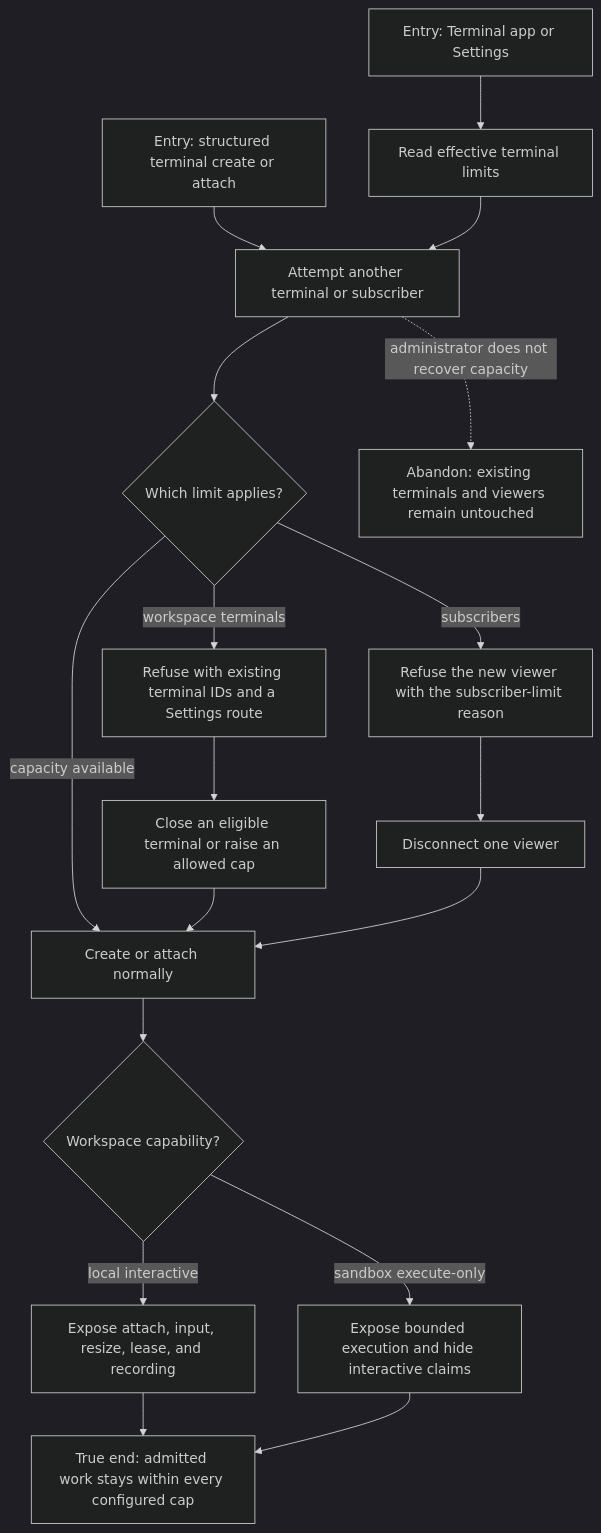
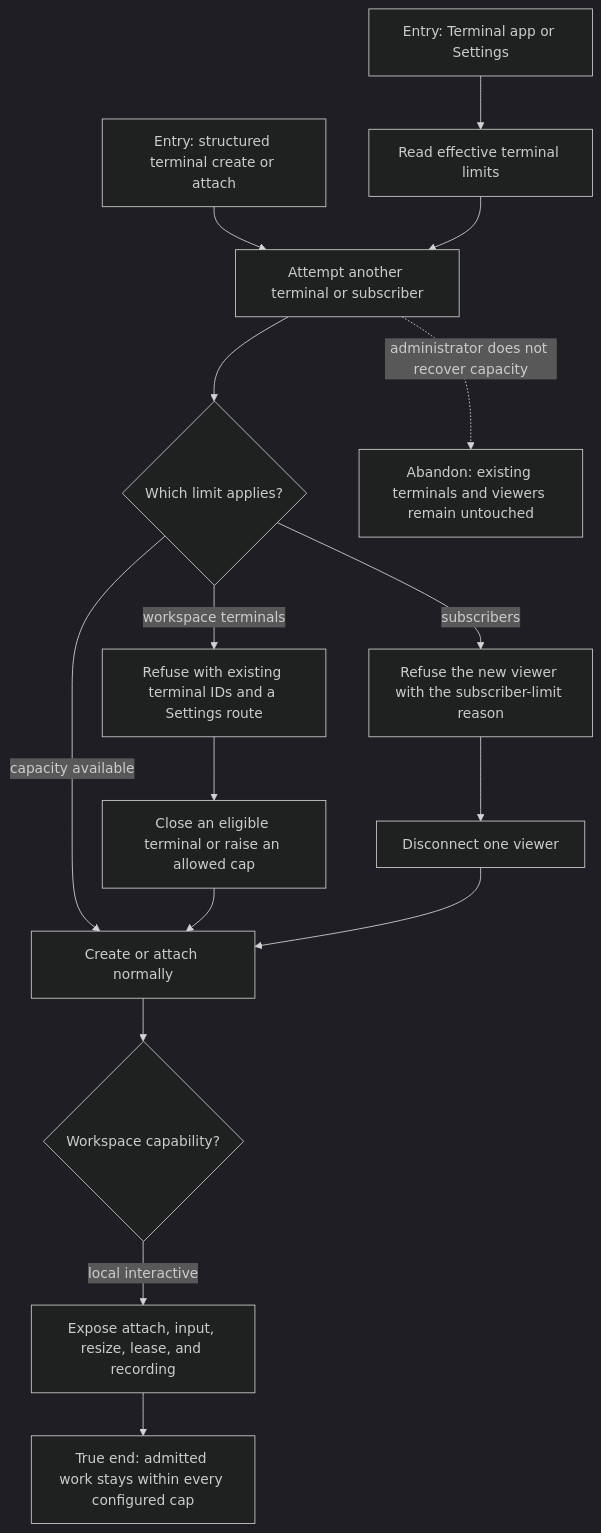
Before and after one commit to compozy/compozy: the diagram in docs/qa/journeys/J-administer-terminal-capacity.md, drawn with Mermaid (dark theme). The commit also changed other lines of this file and 4091 other files, not shown here.

````diff
--- a/docs/qa/journeys/J-administer-terminal-capacity.md
+++ b/docs/qa/journeys/J-administer-terminal-capacity.md
@@ -6,20 +6,18 @@
 ```mermaid
 flowchart TD
   A1[Entry: Terminal app or Settings] --> B[Read effective terminal limits]
   A2[Entry: structured terminal create or attach] --> C[Attempt another terminal or subscriber]
   B --> C
   C --> D{Which limit applies?}
   D -->|workspace terminals| E[Refuse with existing terminal IDs and a Settings route]
   D -->|subscribers| F[Refuse the new viewer with the subscriber-limit reason]
   D -->|capacity available| G[Create or attach normally]
   E --> H[Close an eligible terminal or raise an allowed cap]
   F --> I[Disconnect one viewer]
   H --> G
   I --> G
   G --> J{Workspace capability?}
   J -->|local interactive| K[Expose attach, input, resize, lease, and recording]
-  J -->|sandbox execute-only| L[Expose bounded execution and hide interactive claims]
   K --> Z[True end: admitted work stays within every configured cap]
-  L --> Z
   C -.->|administrator does not recover capacity| X1[Abandon: existing terminals and viewers remain untouched]
 ```
````
